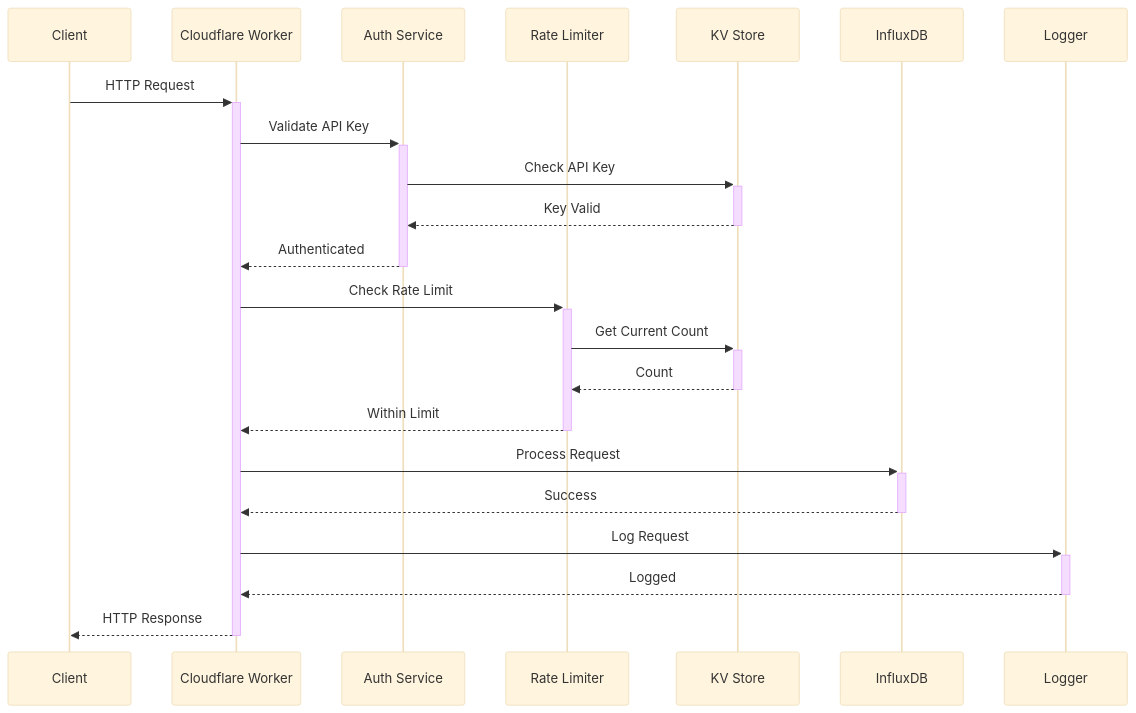
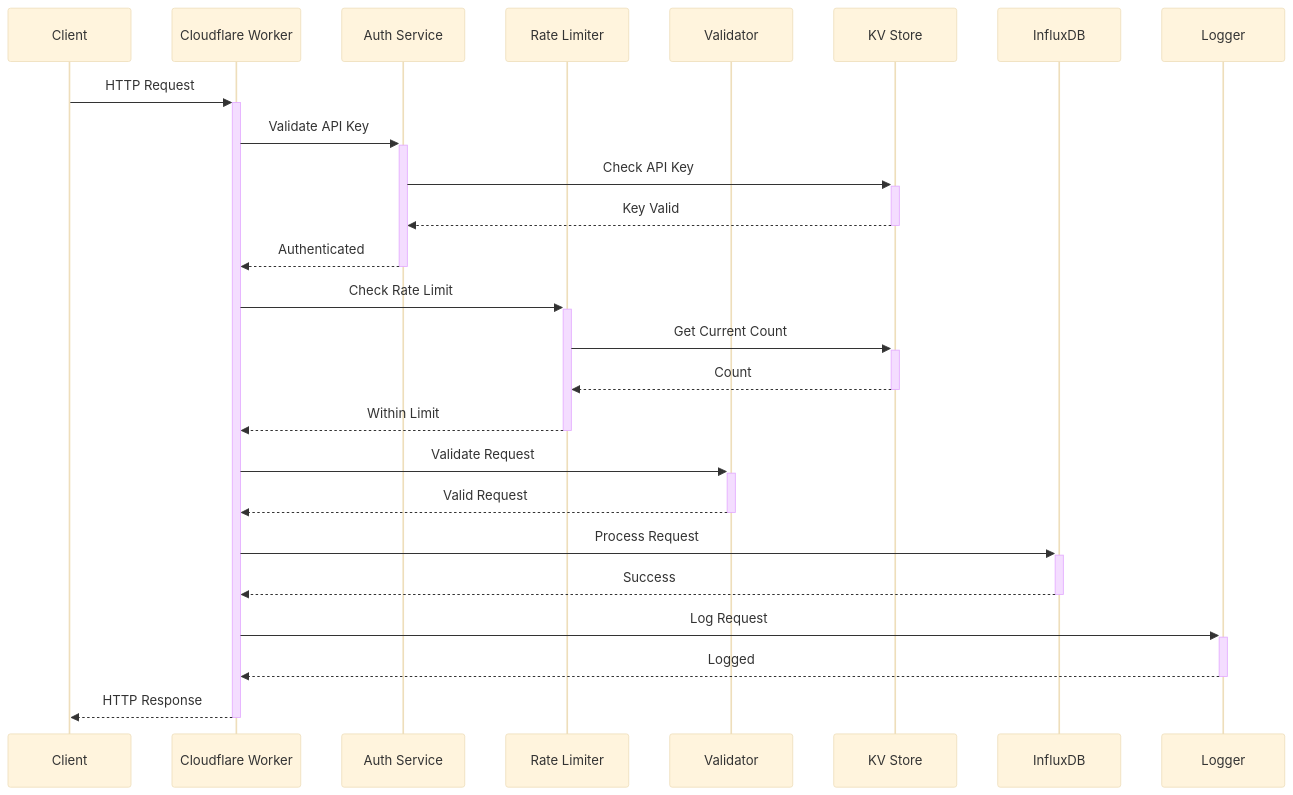
The second of 6 diagrams in docs/architecture.md (veilands/cf-learn), drawn with Mermaid (base theme) before and after one commit. The commit also changed other lines of this file and 2 other files, not shown here.

````diff
--- a/docs/architecture.md
+++ b/docs/architecture.md
@@ -30,29 +31,33 @@
 ```mermaid
 sequenceDiagram
     participant C as Client
     participant CF as Cloudflare Worker
     participant Auth as Auth Service
     participant RL as Rate Limiter
+    participant Val as Validator
     participant KV as KV Store
     participant IDB as InfluxDB
     participant Log as Logger
 
     C->>+CF: HTTP Request
     CF->>+Auth: Validate API Key
     Auth->>+KV: Check API Key
     KV-->>-Auth: Key Valid
     Auth-->>-CF: Authenticated
 
     CF->>+RL: Check Rate Limit
     RL->>+KV: Get Current Count
     KV-->>-RL: Count
     RL-->>-CF: Within Limit
 
+    CF->>+Val: Validate Request
+    Val-->>-CF: Valid Request
+
     CF->>+IDB: Process Request
     IDB-->>-CF: Success
 
     CF->>+Log: Log Request
     Log-->>-CF: Logged
 
     CF-->>-C: HTTP Response
 ```
````
